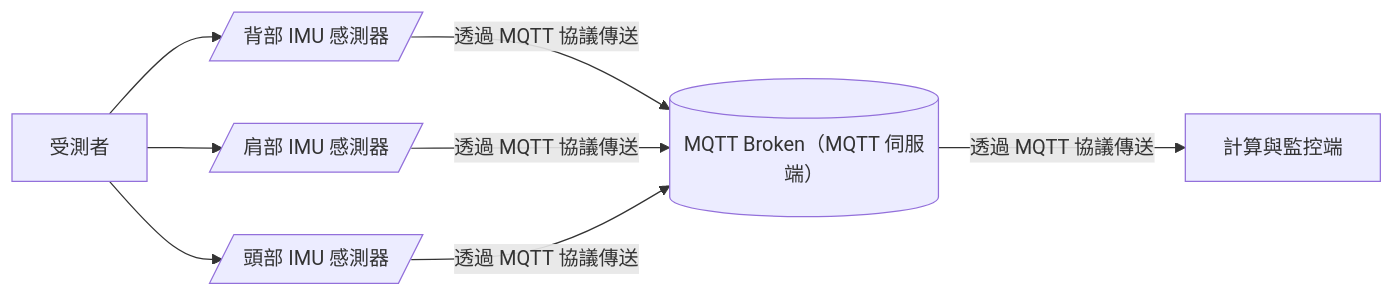
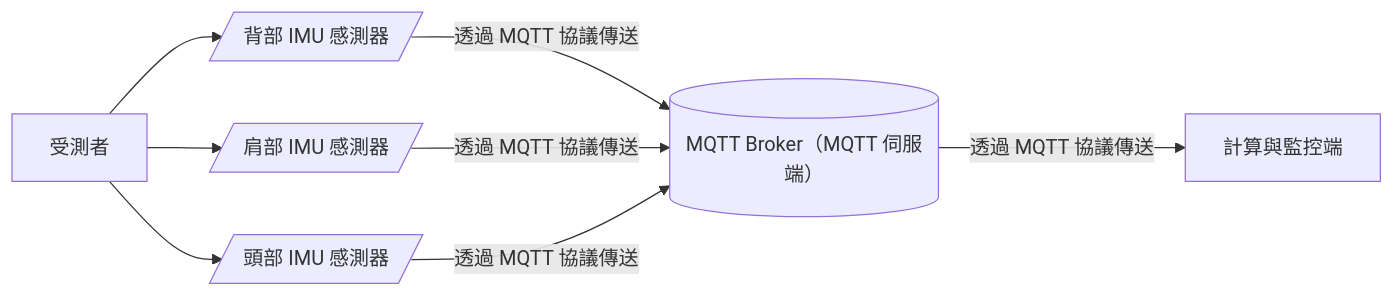
Before and after one commit to 1PingSun/posture-detect-using-IMU: the second of 2 diagrams in README.md, drawn with Mermaid. The commit also changed other lines of this file, not shown here.

````diff
--- a/README.md
+++ b/README.md
@@ -30,12 +30,12 @@
 ```mermaid
 graph LR
   A[受測者]
   A --> B[/背部 IMU 感測器/]
   A --> C[/肩部 IMU 感測器/]
   A --> D[/頭部 IMU 感測器/]
-  E[(MQTT Broken（MQTT 伺服端）)]
+  E[(MQTT Broker（MQTT 伺服端）)]
   B --透過 MQTT 協議傳送--> E
   C --透過 MQTT 協議傳送--> E
   D --透過 MQTT 協議傳送--> E
   E --透過 MQTT 協議傳送--> F[計算與監控端]
 ```
````
